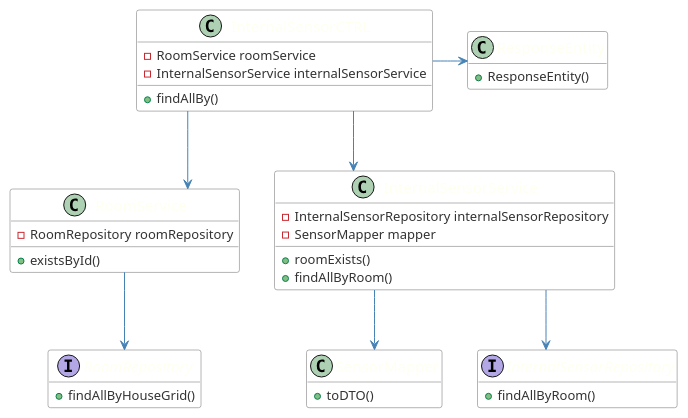
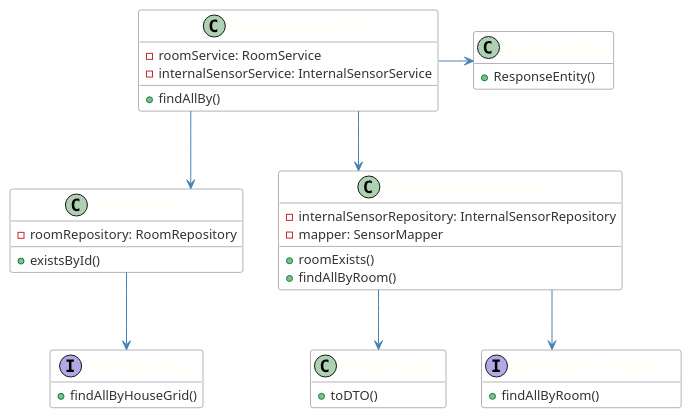
One commit to emanuel-pereira/hou changed the diagram in src/main/java/smarthome/controller/rest/classDiagrams/cd_ListSensorsInRoom.puml. Above: the diagram before and after it, drawn with PlantUML.

Commit message:
Fix #260: Corrected class diagram of US250

```diff
--- a/src/main/java/smarthome/controller/rest/classDiagrams/cd_ListSensorsInRoom.puml
+++ b/src/main/java/smarthome/controller/rest/classDiagrams/cd_ListSensorsInRoom.puml
@@ -1,84 +1,84 @@
 @startuml
 
 
 skinparam linetype ortho
 hide empty members
 
 skinparam class {
 	ArrowColor SteelBlue
 	BorderColor Dimgray
 	HeaderBackgroundColor SteelBlue
 	BackgroundColor White
 	FontName Calibri bold
 	AttributeFontColor #333
 	AttributeFontName Calibri
 	AttributeFontSize 13
 	FontColor Ivory
 	FontSize 15
 }
 
 
 hide empty members
 
 class InternalSensorCTRL{
 
--RoomService roomService
--InternalSensorService internalSensorService
+-roomService: RoomService
+-internalSensorService: InternalSensorService
 +findAllBy()
 }
 
 class RoomService{
 
-- RoomRepository roomRepository
+-roomRepository: RoomRepository
 +existsById()
 }
 
 
 class InternalSensorService{
 
--InternalSensorRepository internalSensorRepository
--SensorMapper mapper
+- internalSensorRepository: InternalSensorRepository
+- mapper: SensorMapper
 +roomExists()
 +findAllByRoom()
 
 
 }
 
 
 class SensorMapper{
 +toDTO()
 }
 
 Interface RoomRepository{
 
 +findAllByHouseGrid()
 
 }
 
 class ResponseEntity{
 
 +ResponseEntity()
 }
 
 
 Interface InternalSensorRepository{
 
 +findAllByRoom()
 }
 
 
 
 InternalSensorCTRL --> InternalSensorService
 
 InternalSensorCTRL --> RoomService
 
 InternalSensorService --> InternalSensorRepository
 
 RoomService --> RoomRepository
 
 InternalSensorCTRL -> ResponseEntity
 InternalSensorService -->SensorMapper
 
 
 
 @enduml
```
